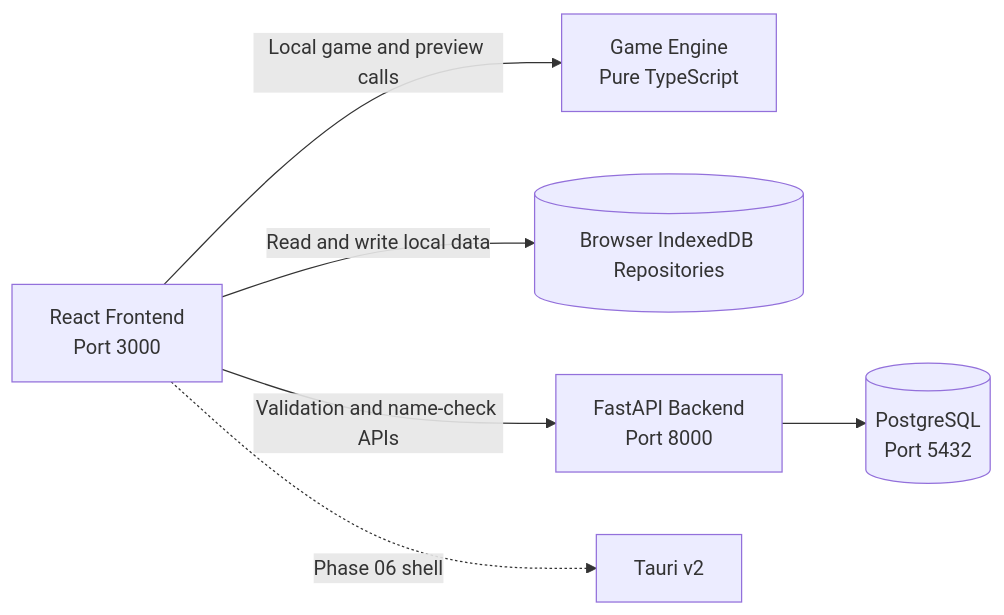
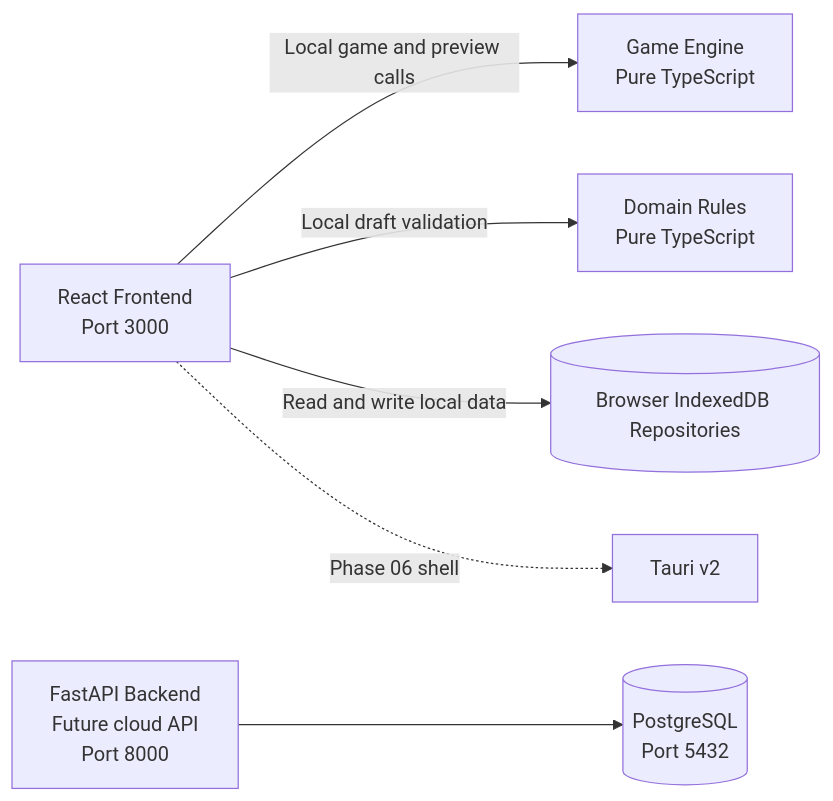
Before and after one commit to threnjen/yourwolf-monorepo: the first of 3 diagrams in docs/ARCHITECTURE.md, drawn with Mermaid. The commit also changed other lines of this file and 142 other files, not shown here.

First line of the commit message:
Phase/phase 05b local role authoring (#17)

````diff
--- a/docs/ARCHITECTURE.md
+++ b/docs/ARCHITECTURE.md
@@ -9,9 +9,9 @@
 ```mermaid
-%% Current Phase 05a runtime boundaries.
+%% Current Phase 05b runtime boundaries.
 flowchart LR
     FE[React Frontend<br>Port 3000] -->|Local game and preview calls| ENG[Game Engine<br>Pure TypeScript]
+    FE -->|Local draft validation| DOMAIN[Domain Rules<br>Pure TypeScript]
     FE -->|Read and write local data| STORE[(Browser IndexedDB Repositories)]
-    FE -->|Validation and name-check APIs| BE[FastAPI Backend<br>Port 8000]
-    BE --> DB[(PostgreSQL<br>Port 5432)]
+    BE[FastAPI Backend<br>Future cloud API<br>Port 8000] --> DB[(PostgreSQL<br>Port 5432)]
     FE -.->|Phase 06 shell| TAURI[Tauri v2]
 ```
````
